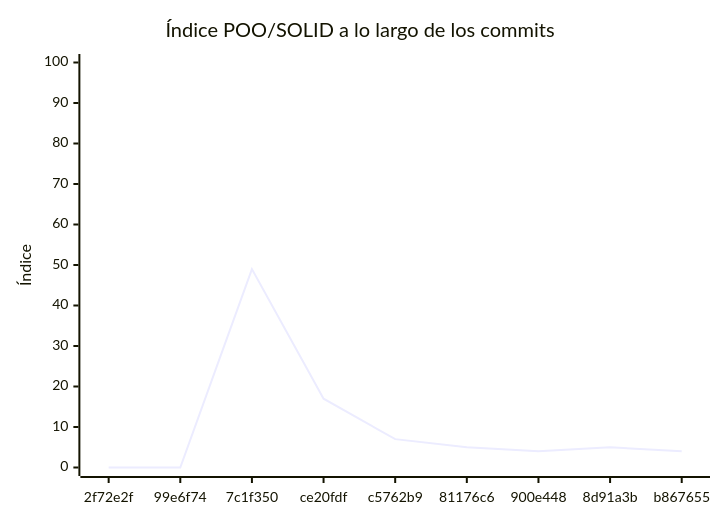
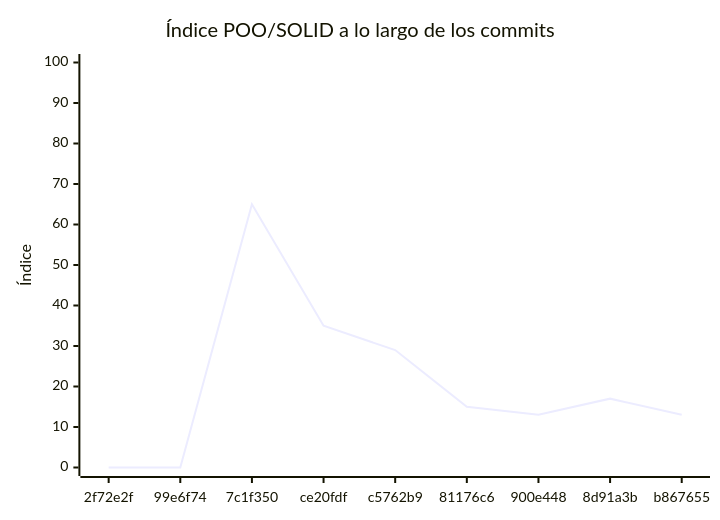
One commit to Juli-team/Simulador-caida-libre changed the diagram in docs/EVALUACION.md. Above: the diagram before and after it, drawn with Mermaid. The commit also changed other lines of this file and 1 other file, not shown here.

````diff
--- a/docs/EVALUACION.md
+++ b/docs/EVALUACION.md
@@ -240,7 +225,7 @@
 ```mermaid
 xychart-beta
     title "Índice POO/SOLID a lo largo de los commits"
     x-axis ["2f72e2f", "99e6f74", "7c1f350", "ce20fdf", "c5762b9", "81176c6", "900e448", "8d91a3b", "b867655"]
     y-axis "Índice" 0 --> 100
-    line [0, 0, 49, 17, 7, 5, 4, 5, 4]
+    line [0, 0, 65, 35, 29, 15, 13, 17, 13]
 ```
````
